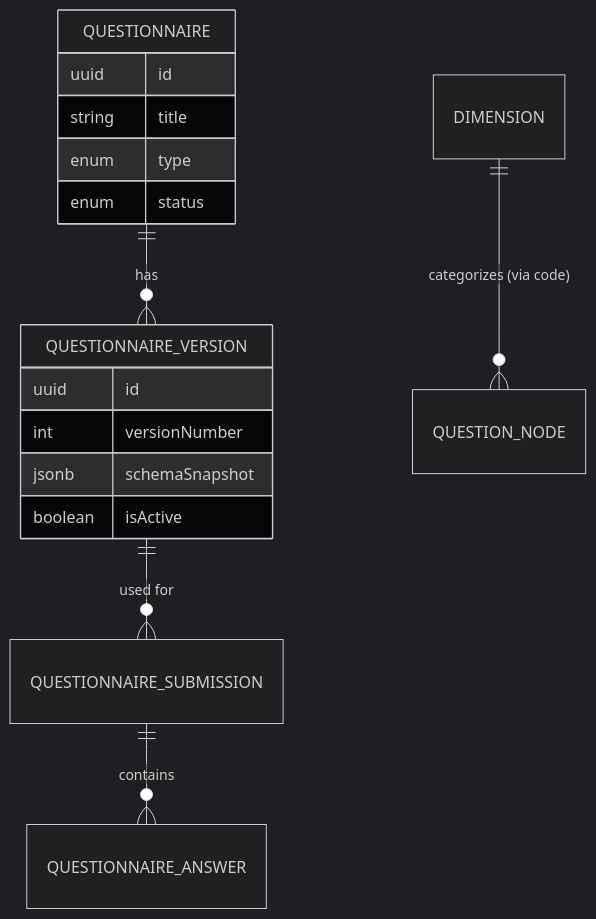
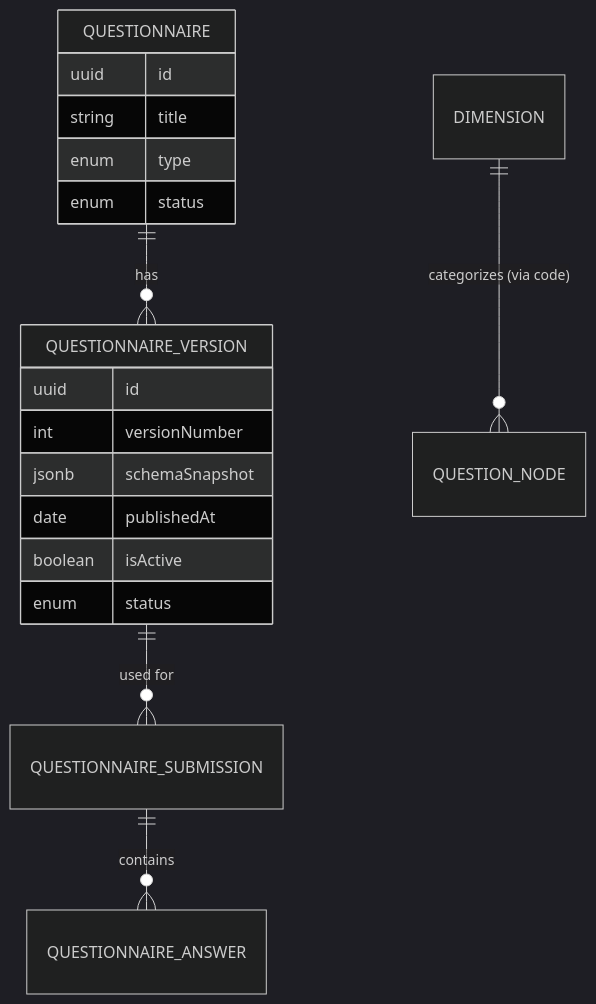
One commit to CtrlAltElite-Devs/api.faculytics changed the first of 3 diagrams in docs/architecture/questionnaire-management.md. Above: the diagram before and after it, drawn with Mermaid (dark theme). The commit also changed other lines of this file and 244 other files, not shown here.

````diff
--- a/docs/architecture/questionnaire-management.md
+++ b/docs/architecture/questionnaire-management.md
@@ -9,21 +9,23 @@
 ```mermaid
 erDiagram
     QUESTIONNAIRE ||--o{ QUESTIONNAIRE_VERSION : "has"
     QUESTIONNAIRE_VERSION ||--o{ QUESTIONNAIRE_SUBMISSION : "used for"
     QUESTIONNAIRE_SUBMISSION ||--o{ QUESTIONNAIRE_ANSWER : "contains"
     DIMENSION ||--o{ QUESTION_NODE : "categorizes (via code)"
 
     QUESTIONNAIRE {
         uuid id
         string title
         enum type
         enum status
     }
 
     QUESTIONNAIRE_VERSION {
         uuid id
         int versionNumber
         jsonb schemaSnapshot
+        date publishedAt
         boolean isActive
+        enum status
     }
 ```
````
